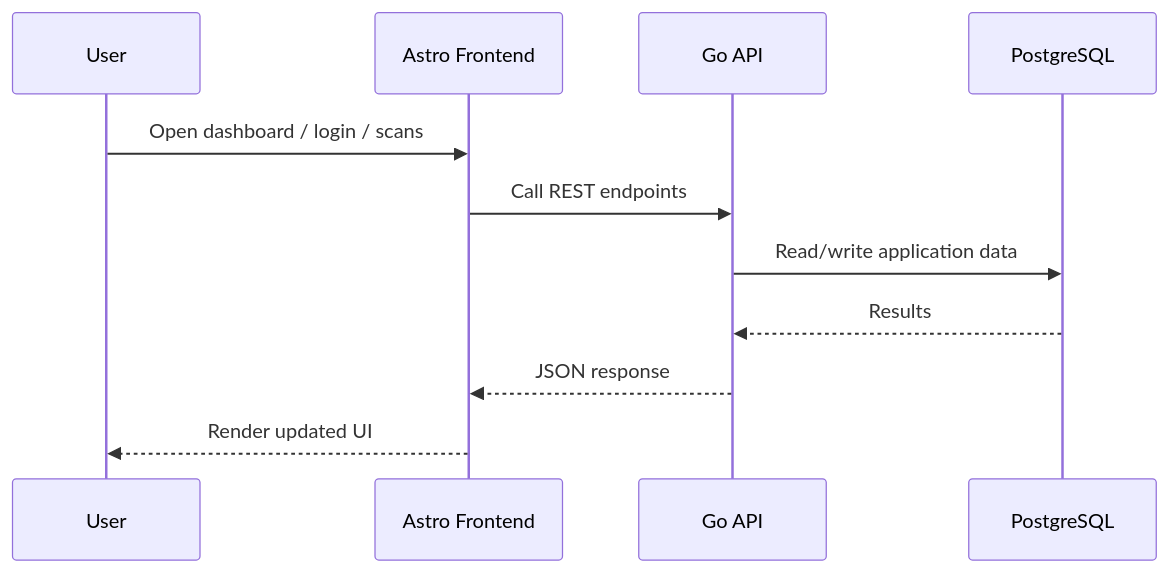
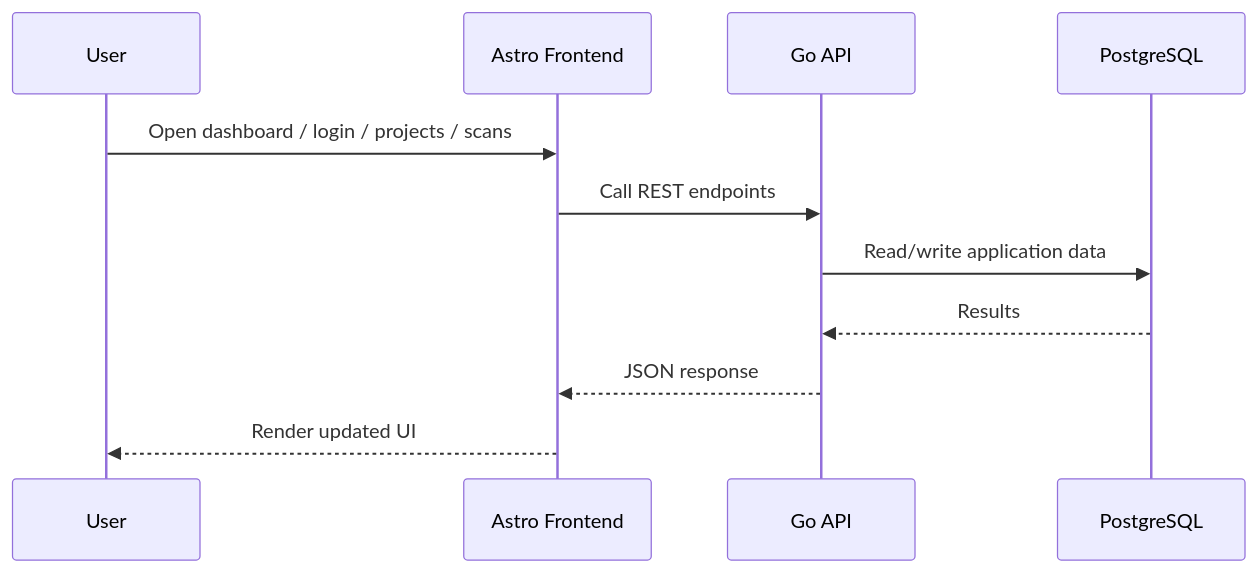
One commit to Dyallab/HenKaiPan changed the second of 4 diagrams in README.md. Above: the diagram before and after it, drawn with Mermaid. The commit also changed other lines of this file and 57 other files, not shown here.

````diff
--- a/README.md
+++ b/README.md
@@ -68,14 +75,14 @@
 ```mermaid
 sequenceDiagram
     participant User
     participant Frontend as Astro Frontend
     participant API as Go API
     participant DB as PostgreSQL
 
-    User->>Frontend: Open dashboard / login / scans
+    User->>Frontend: Open dashboard / login / projects / scans
     Frontend->>API: Call REST endpoints
     API->>DB: Read/write application data
     DB-->>API: Results
     API-->>Frontend: JSON response
     Frontend-->>User: Render updated UI
 ```
````
